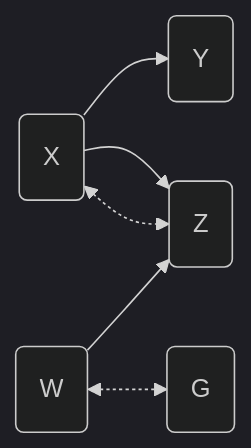
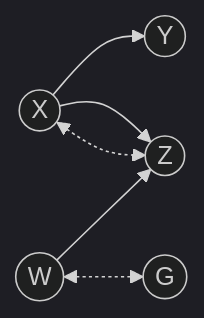
Before and after one commit to santikka/cfid: the first of 4 diagrams in README.Rmd, drawn with Mermaid (dark theme). The commit also changed other lines of this file and 1 other file, not shown here.

````diff
--- a/README.Rmd
+++ b/README.Rmd
@@ -58,8 +58,8 @@
 ```mermaid
 flowchart LR;
-  X(X)-->Y(Y);
-  X(X)-->Z(Z);
+  X((X))-->Y((Y));
+  X((X))-->Z((Z));
   X<-.->Z;
-  W(W)-->Z;
-  W<-.->G(G);
+  W((W))-->Z;
+  W<-.->G((G));
 ```
````
